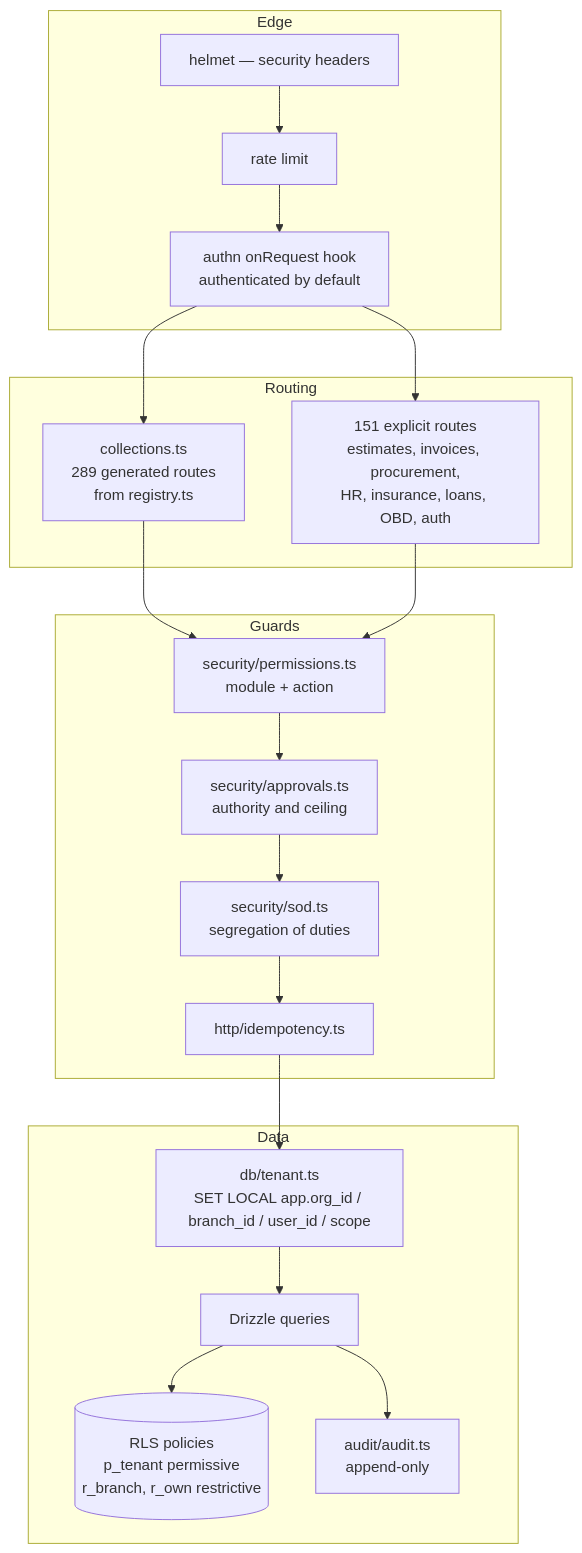
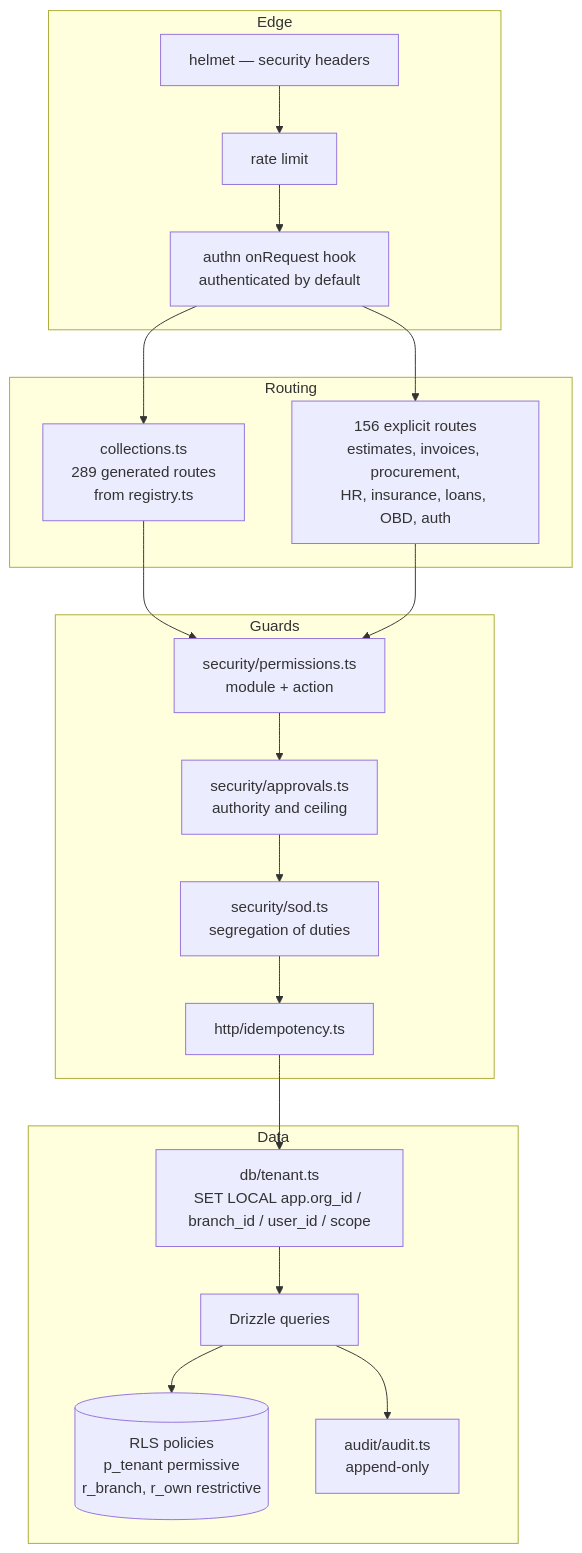
Before and after one commit to tazamohd/SlClNe: the third of 4 diagrams in docs/15_C4_ARCHITECTURE_DIAGRAMS/C4_MODEL.md, drawn with Mermaid. The commit also changed other lines of this file and 30 other files, not shown here.

````diff
--- a/docs/15_C4_ARCHITECTURE_DIAGRAMS/C4_MODEL.md
+++ b/docs/15_C4_ARCHITECTURE_DIAGRAMS/C4_MODEL.md
@@ -60,29 +60,29 @@
 ```mermaid
 flowchart TB
   subgraph edge[Edge]
     helmet["helmet — security headers"]
     rl["rate limit"]
     authn["authn onRequest hook<br/>authenticated by default"]
   end
   subgraph routing[Routing]
     generic["collections.ts<br/>289 generated routes<br/>from registry.ts"]
-    explicit["151 explicit routes<br/>estimates, invoices, procurement,<br/>HR, insurance, loans, OBD, auth"]
+    explicit["156 explicit routes<br/>estimates, invoices, procurement,<br/>HR, insurance, loans, OBD, auth"]
   end
   subgraph guards[Guards]
     perms["security/permissions.ts<br/>module + action"]
     approvals["security/approvals.ts<br/>authority and ceiling"]
     sod["security/sod.ts<br/>segregation of duties"]
     idem["http/idempotency.ts"]
   end
   subgraph data[Data]
     tenant["db/tenant.ts<br/>SET LOCAL app.org_id / branch_id / user_id / scope"]
     drizzle["Drizzle queries"]
     rls[("RLS policies<br/>p_tenant permissive<br/>r_branch, r_own restrictive")]
     audit["audit/audit.ts<br/>append-only"]
   end
   helmet --> rl --> authn --> generic
   authn --> explicit
   generic --> perms
   explicit --> perms --> approvals --> sod --> idem --> tenant --> drizzle --> rls
   drizzle --> audit
 ```
````
